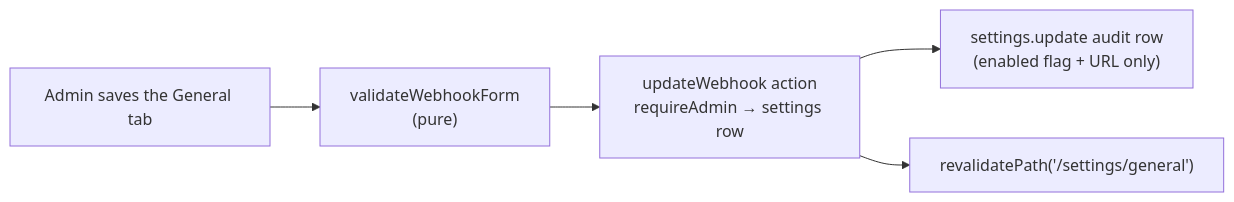
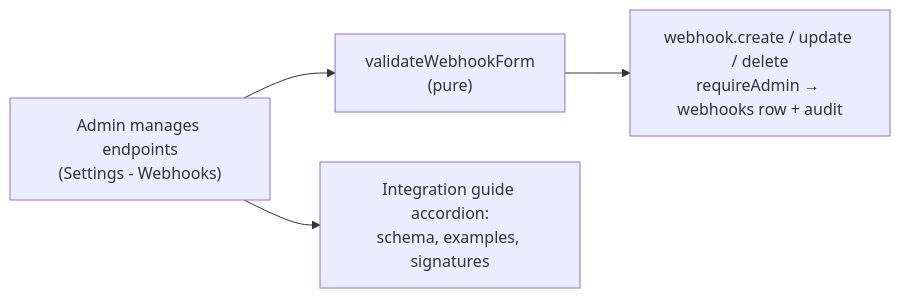
One commit to oncloudnintynineone-source/cloudy2 changed the first of 2 diagrams in docs/webhooks.md. Above: the diagram before and after it, drawn with Mermaid. The commit also changed other lines of this file and 28 other files, not shown here.

Commit message:
Multiple webhooks, dedicated tab, integration instructions

````diff
--- a/docs/webhooks.md
+++ b/docs/webhooks.md
@@ -57,7 +64,6 @@
 ```mermaid
 flowchart LR
-    A["Admin saves the General tab"] --> V["validateWebhookForm<br/>(pure)"]
-    V --> D["updateWebhook action<br/>requireAdmin → settings row"]
-    D --> L["settings.update audit row<br/>(enabled flag + URL only)"]
-    D --> R["revalidatePath('/settings/general')"]
+    A["Admin manages endpoints<br/>(Settings - Webhooks)"] --> V["validateWebhookForm<br/>(pure)"]
+    V --> D["webhook.create / update / delete<br/>requireAdmin → webhooks row + audit"]
+    A --> G["Integration guide accordion:<br/>schema, examples, signatures"]
 ```
````
